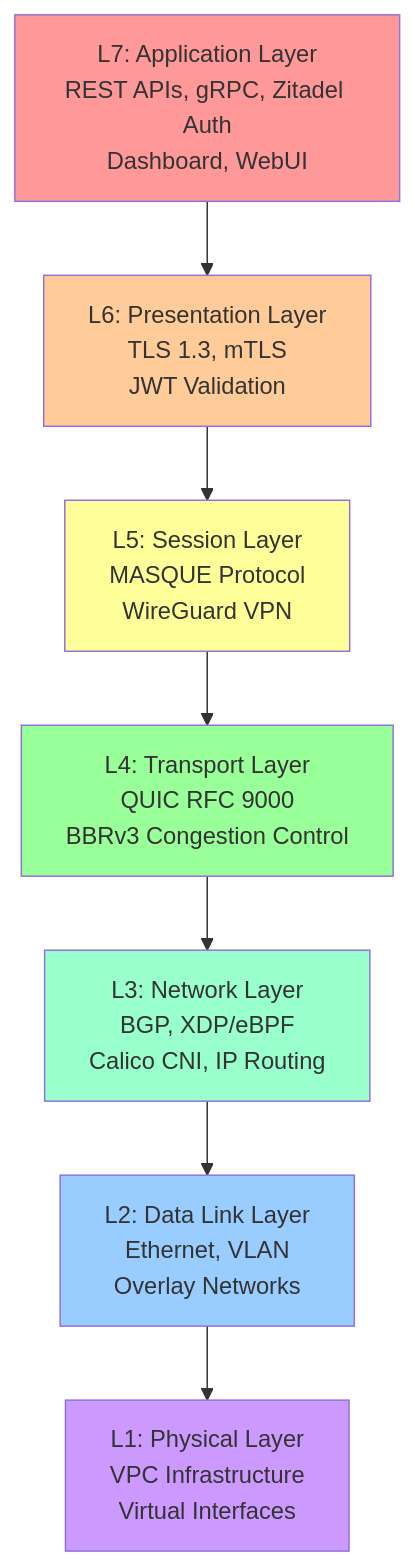
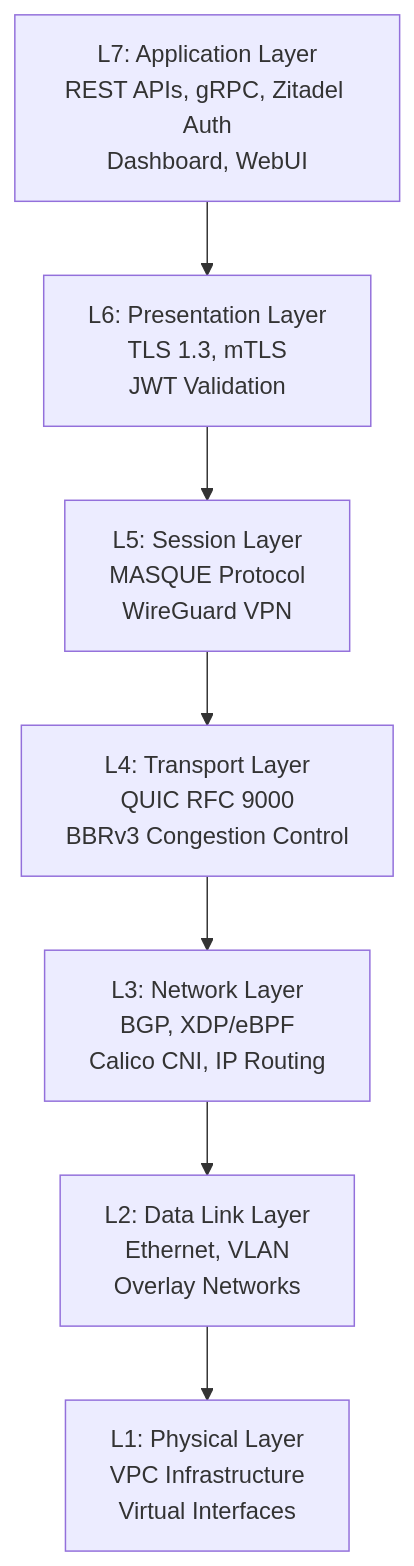
The first of 10 diagrams in ARCHITECTURE/NETWORK_LAYERS_OSI_MODEL.md (twogc/cloudbridge-docs), drawn with Mermaid before and after one commit. The commit also changed other lines of this file and 1 other file, not shown here.

````diff
--- a/ARCHITECTURE/NETWORK_LAYERS_OSI_MODEL.md
+++ b/ARCHITECTURE/NETWORK_LAYERS_OSI_MODEL.md
@@ -26,25 +26,17 @@
 ```mermaid
 graph TD
     L7["L7: Application Layer<br/>REST APIs, gRPC, Zitadel Auth<br/>Dashboard, WebUI"]
     L6["L6: Presentation Layer<br/>TLS 1.3, mTLS<br/>JWT Validation"]
     L5["L5: Session Layer<br/>MASQUE Protocol<br/>WireGuard VPN"]
     L4["L4: Transport Layer<br/>QUIC RFC 9000<br/>BBRv3 Congestion Control"]
     L3["L3: Network Layer<br/>BGP, XDP/eBPF<br/>Calico CNI, IP Routing"]
     L2["L2: Data Link Layer<br/>Ethernet, VLAN<br/>Overlay Networks"]
     L1["L1: Physical Layer<br/>VPC Infrastructure<br/>Virtual Interfaces"]
     
     L7 --> L6
     L6 --> L5
     L5 --> L4
     L4 --> L3
     L3 --> L2
     L2 --> L1
-    
-    style L7 fill:#ff9999
-    style L6 fill:#ffcc99
-    style L5 fill:#ffff99
-    style L4 fill:#99ff99
-    style L3 fill:#99ffcc
-    style L2 fill:#99ccff
-    style L1 fill:#cc99ff
 ```
````
